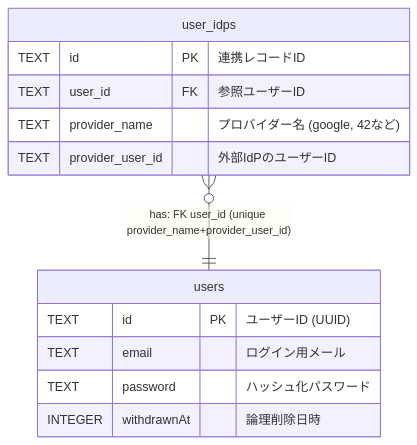
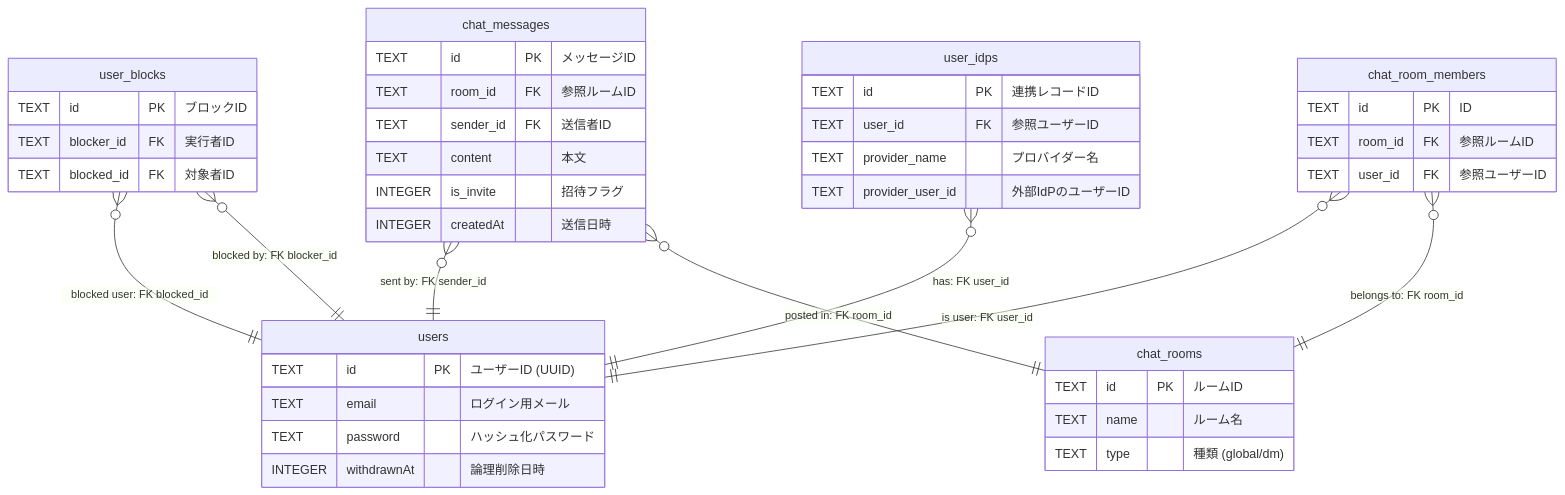
Before and after one commit to shonakam/ft_transcendence: the diagram in doc/data-structure.md, drawn with Mermaid. The commit also changed other lines of this file and 3 other files, not shown here.

````diff
--- a/doc/data-structure.md
+++ b/doc/data-structure.md
@@ -36,19 +88,52 @@
 ```mermaid
 erDiagram
-    user_idps }o--|| users :  "has: FK user_id (unique provider_name+provider_user_id)"
+    user_idps }o--|| users :  "has: FK user_id"
+    chat_room_members }o--|| chat_rooms : "belongs to: FK room_id"
+    chat_room_members }o--|| users : "is user: FK user_id"
+    chat_messages }o--|| chat_rooms : "posted in: FK room_id"
+    chat_messages }o--|| users : "sent by: FK sender_id"
+    user_blocks }o--|| users : "blocked by: FK blocker_id"
+    user_blocks }o--|| users : "blocked user: FK blocked_id"
 
     users {
         TEXT id PK "ユーザーID (UUID)"
         TEXT email "ログイン用メール"
         TEXT password "ハッシュ化パスワード"
         INTEGER withdrawnAt "論理削除日時"
     }
 
     user_idps {
         TEXT id PK "連携レコードID"
         TEXT user_id FK "参照ユーザーID"
-        TEXT provider_name "プロバイダー名 (google, 42など)"
+        TEXT provider_name "プロバイダー名"
         TEXT provider_user_id "外部IdPのユーザーID"
     }
 
+    chat_rooms {
+        TEXT id PK "ルームID"
+        TEXT name "ルーム名"
+        TEXT type "種類 (global/dm)"
+    }
+
+    chat_room_members {
+        TEXT id PK "ID"
+        TEXT room_id FK "参照ルームID"
+        TEXT user_id FK "参照ユーザーID"
+    }
+
+    chat_messages {
+        TEXT id PK "メッセージID"
+        TEXT room_id FK "参照ルームID"
+        TEXT sender_id FK "送信者ID"
+        TEXT content "本文"
+        INTEGER is_invite "招待フラグ"
+        INTEGER createdAt "送信日時"
+    }
+
+    user_blocks {
+        TEXT id PK "ブロックID"
+        TEXT blocker_id FK "実行者ID"
+        TEXT blocked_id FK "対象者ID"
+    }
+
 ```
````
